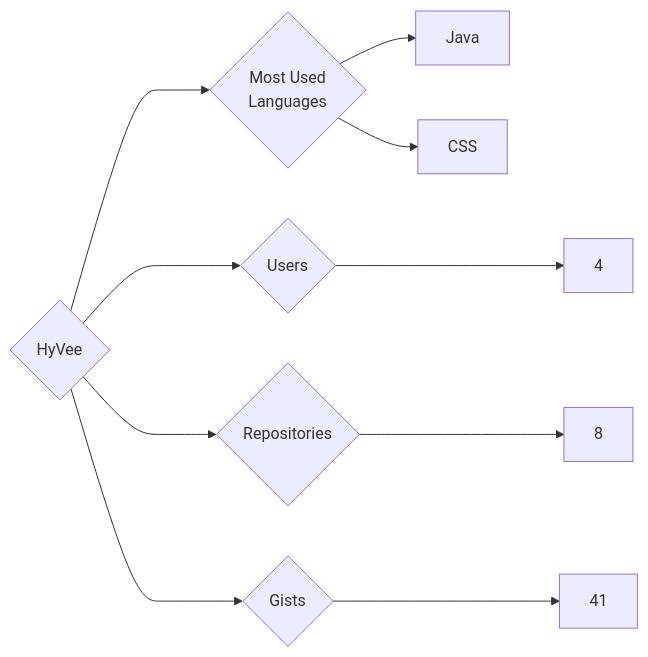
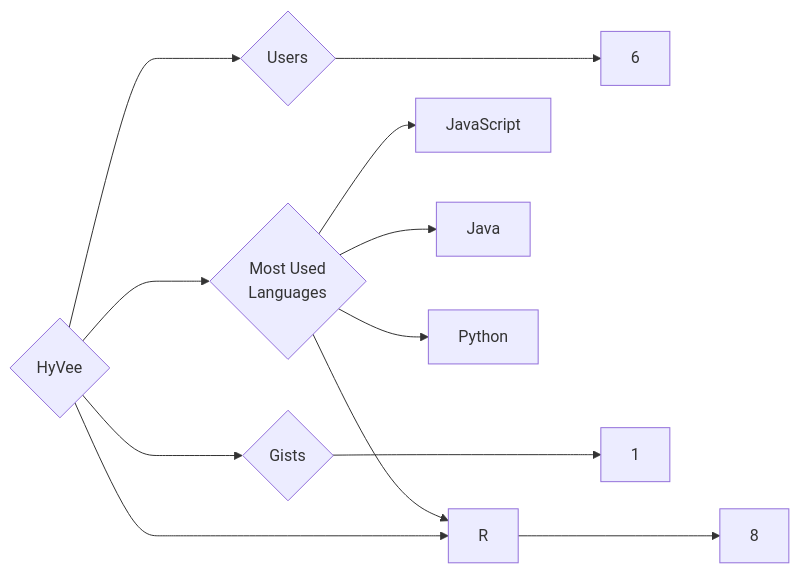
One commit to trickest/insiders changed the diagram in targets/HyVee/README.md. Above: the diagram before and after it, drawn with Mermaid. The commit also changed 1149 other files, not shown here.

````diff
--- a/targets/HyVee/README.md
+++ b/targets/HyVee/README.md
@@ -3,10 +3,12 @@
 ```mermaid
 graph LR
 COMPANY_NAME{HyVee}
-COMPANY_NAME ---> U{Users} ---> UN[4]
+COMPANY_NAME ---> U{Users} ---> UN[6]
 COMPANY_NAME ---> R{Repositories} ---> RN[8]
-COMPANY_NAME ---> G{Gists} ---> GN[41]
+COMPANY_NAME ---> G{Gists} ---> GN[1]
 COMPANY_NAME ---> ML{Most Used<br>Languages}
+ML --> JavaScript[JavaScript]
 ML --> Java[Java]
-ML --> CSS[CSS]
+ML --> R[R]
+ML --> Python[Python]
 ```
````
